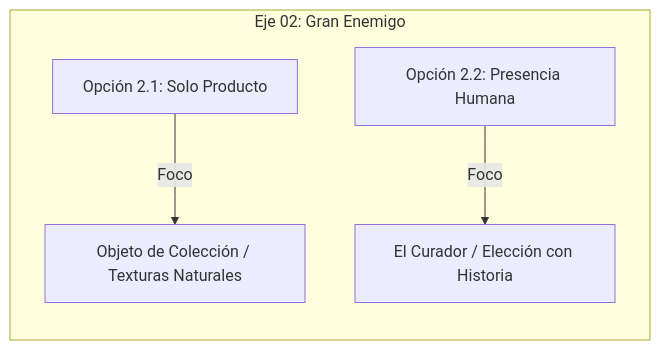
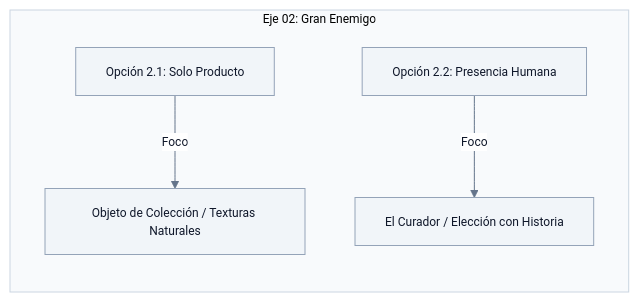
Before and after one commit to jsrxar77/mo-baseline: the fourth of 8 diagrams in releases/drinklovers/PROPUESTA_MES_1_META_ADS.md, drawn with Mermaid. The commit also changed other lines of this file, not shown here.

Commit message:
style(drinklovers): harmonize all mermaid diagrams with soft gray palette, black text, compact quadrant font and scaled gantt dates

````diff
--- a/releases/drinklovers/PROPUESTA_MES_1_META_ADS.md
+++ b/releases/drinklovers/PROPUESTA_MES_1_META_ADS.md
@@ -112,7 +155,22 @@
 ```mermaid
+%%{init: {
+  'theme': 'base',
+  'themeVariables': {
+    'primaryColor': '#F1F5F9',
+    'primaryTextColor': '#0F172A',
+    'primaryBorderColor': '#94A3B8',
+    'lineColor': '#64748B',
+    'clusterBkg': '#F8FAFC',
+    'clusterBorder': '#CBD5E1',
+    'edgeLabelBackground': '#FFFFFF',
+    'fontFamily': 'system-ui, -apple-system, sans-serif',
+    'fontSize': '12px'
+  },
+  'themeCSS': 'text { fill: #0F172A !important; font-family: system-ui, -apple-system, sans-serif !important; } .node rect { fill: #F1F5F9 !important; stroke: #94A3B8 !important; } .cluster rect { fill: #F8FAFC !important; stroke: #CBD5E1 !important; }'
+}}%%
 graph LR
     subgraph Eje 02: Gran Enemigo
-        GE1[Opción 2.1: Solo Producto] -->|Foco| GP1[Objeto de Colección / Texturas Naturales]
-        GE2[Opción 2.2: Presencia Humana] -->|Foco| GP2[El Curador / Elección con Historia]
+        GE1["Opción 2.1: Solo Producto"] -->|Foco| GP1["Objeto de Colección / Texturas Naturales"]
+        GE2["Opción 2.2: Presencia Humana"] -->|Foco| GP2["El Curador / Elección con Historia"]
     end
 ```
````
